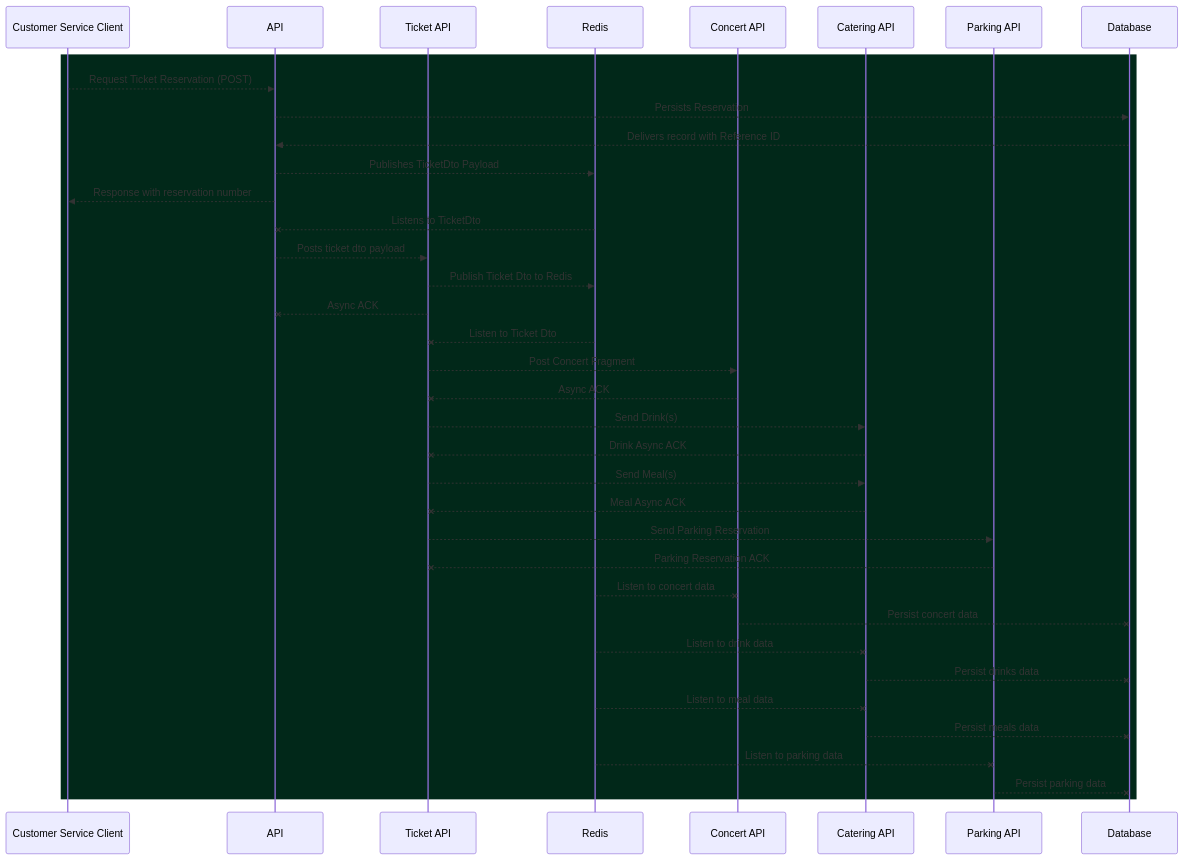
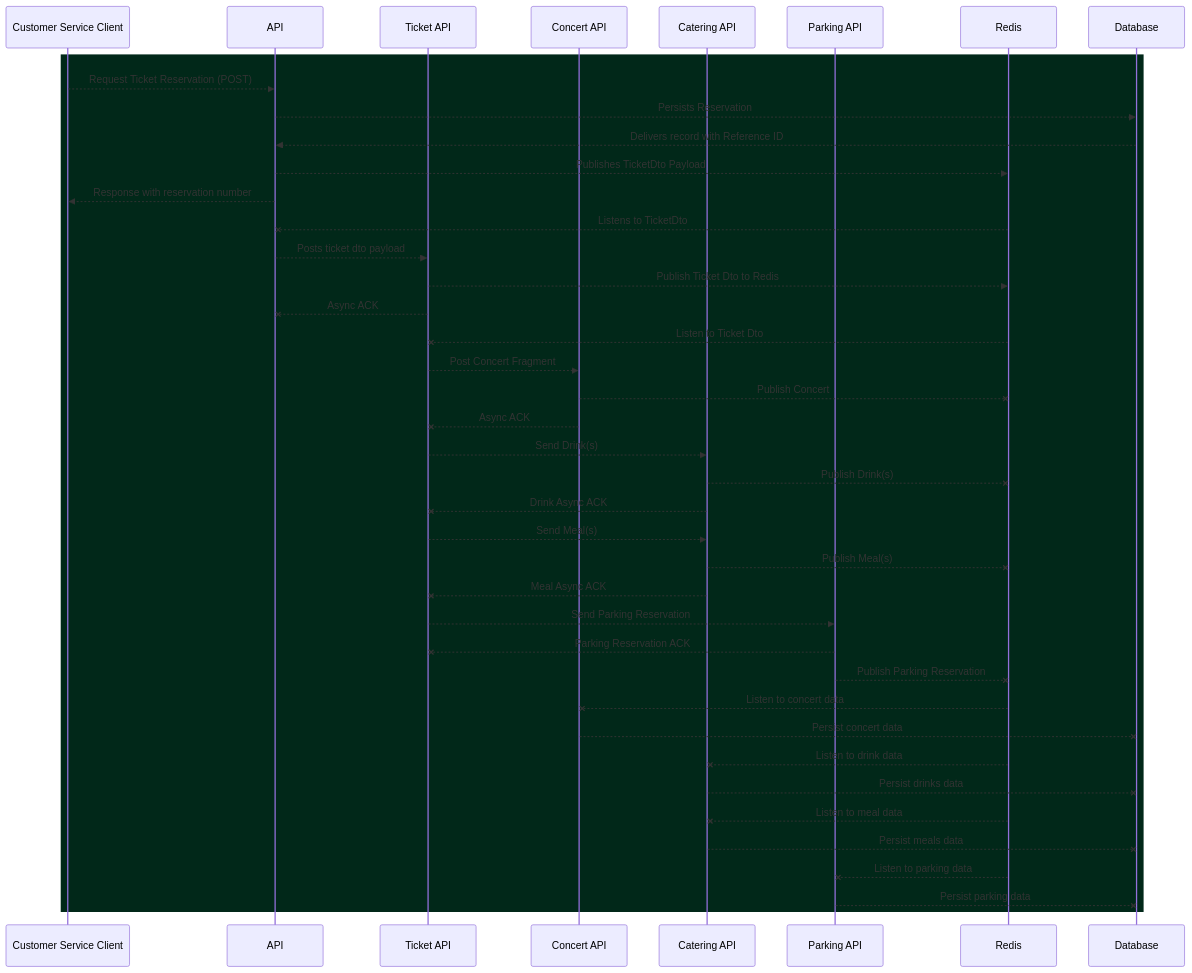
Before and after one commit to jesperancinha/buy-odd-yucca-concert: the diagram in Readme.md, drawn with Mermaid.

Commit message:
🌿🇺🇦🕊 Sequence diagram update

````diff
--- a/Readme.md
+++ b/Readme.md
@@ -153,40 +153,44 @@
 ```mermaid
 sequenceDiagram
     participant Customer Service Client
     participant API
     participant Ticket API
-    participant Redis
     participant Concert API
     participant Catering API
     participant Parking API
+    participant Redis
     participant Database
     
     rect rgb(1,40,25)
         Customer Service Client -->> API: Request Ticket Reservation (POST)
         API -->> Database: Persists Reservation
         Database -->> API: Delivers record with Reference ID
         API -->> Redis: Publishes TicketDto Payload
         API -->> Customer Service Client: Response with reservation number
         Redis --x API: Listens to TicketDto
         API -->> Ticket API: Posts ticket dto payload
         Ticket API -->> Redis: Publish Ticket Dto to Redis
         Ticket API --x API: Async ACK
         Redis --x Ticket API: Listen to Ticket Dto
         Ticket API -->> Concert API: Post Concert Fragment
+        Concert API --x Redis: Publish Concert
         Concert API --x Ticket API: Async ACK
         Ticket API -->> Catering API: Send Drink(s)
+        Catering API --x Redis: Publish Drink(s)
         Catering API --x Ticket API: Drink Async ACK
         Ticket API -->> Catering API: Send Meal(s)
+        Catering API --x Redis: Publish Meal(s)
         Catering API --x Ticket API: Meal Async ACK
         Ticket API -->> Parking API: Send Parking Reservation
         Parking API --x Ticket API: Parking Reservation ACK
+        Parking API --x Redis: Publish Parking Reservation
         Redis --x Concert API: Listen to concert data
         Concert API --x Database: Persist concert data
         Redis --x Catering API: Listen to drink data
         Catering API --x Database: Persist drinks data
         Redis --x Catering API: Listen to meal data
         Catering API --x Database: Persist meals data
         Redis --x Parking API: Listen to parking data
         Parking API --x Database: Persist parking data
     end
 ```
````
